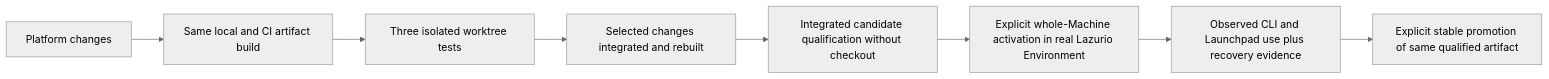
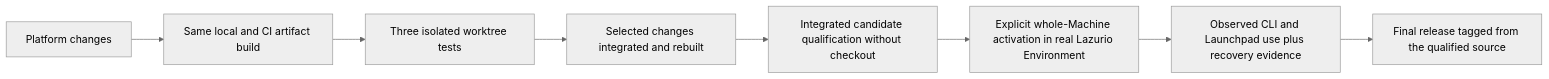
The diagram in docs/release-cycle.md (Lazurio/LazurioPlatform), drawn with Mermaid (neutral theme) before and after one commit. The commit also changed other lines of this file and 86 other files, not shown here.

````diff
--- a/docs/release-cycle.md
+++ b/docs/release-cycle.md
@@ -528,10 +110,10 @@
 ```mermaid
 flowchart LR
   S[Platform changes] --> B[Same local and CI artifact build]
   B --> W[Three isolated worktree tests]
   W --> I[Selected changes integrated and rebuilt]
   I --> Q[Integrated candidate qualification without checkout]
   Q --> A[Explicit whole-Machine activation in real Lazurio Environment]
   A --> O[Observed CLI and Launchpad use plus recovery evidence]
-  O --> P[Explicit stable promotion of same qualified artifact]
+  O --> P[Final release tagged from the qualified source]
 ```
````
